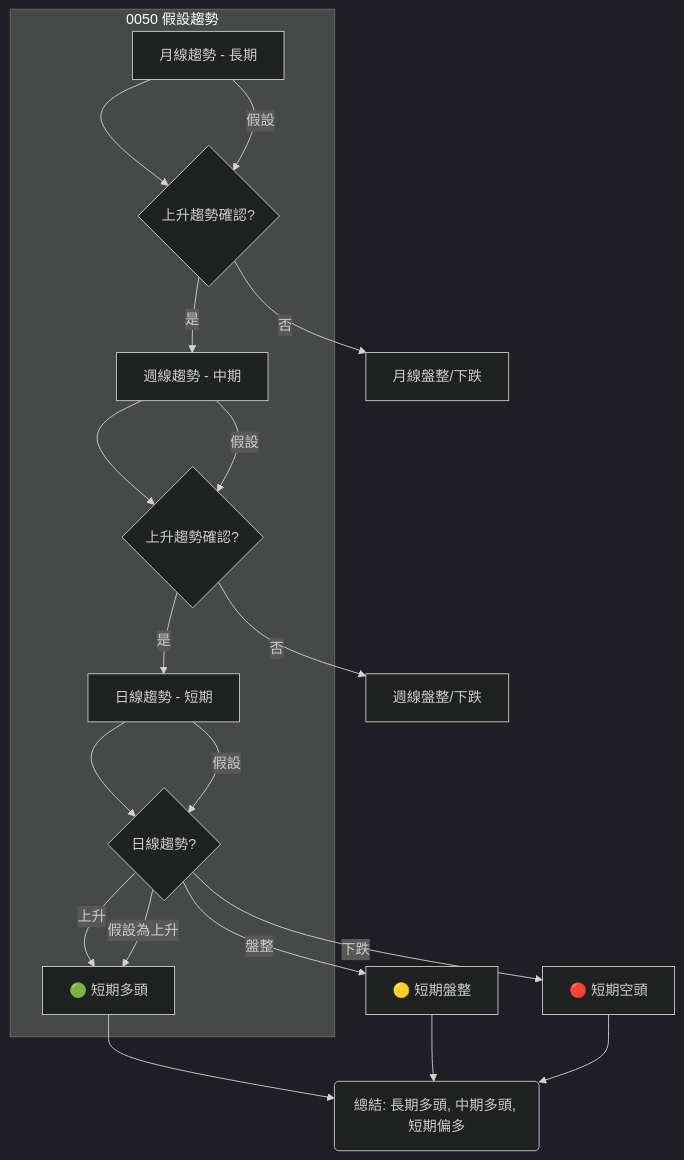
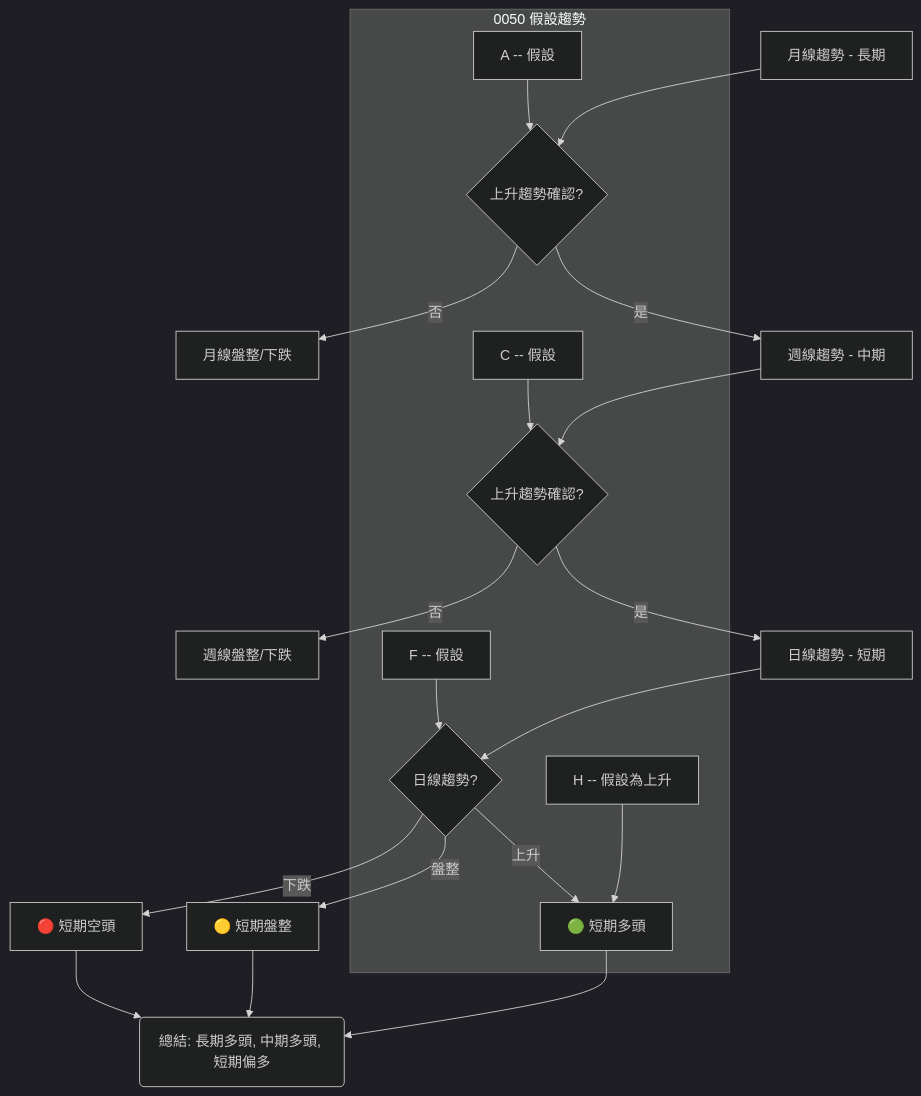
One commit to yennanliu/finance_data changed the second of 2 diagrams in ai_gen_report/stock/0050/technical_analysis_2026-07-03_gemini.md. Above: the diagram before and after it, drawn with Mermaid (dark theme). The commit also changed 2258 other files, not shown here.

First line of the commit message:
chore: backfill Mermaid syntax repair across existing reports

````diff
--- a/ai_gen_report/stock/0050/technical_analysis_2026-07-03_gemini.md
+++ b/ai_gen_report/stock/0050/technical_analysis_2026-07-03_gemini.md
@@ -121,26 +121,26 @@
 ```mermaid
 graph TD
-    A[月線趨勢 - 長期] --> B{上升趨勢確認?}
-    B -- 是 --> C[週線趨勢 - 中期]
-    B -- 否 --> D[月線盤整/下跌]
+    A["月線趨勢 - 長期"] --> B{"上升趨勢確認?"}
+    B -- 是 --> C["週線趨勢 - 中期"]
+    B -- 否 --> D["月線盤整/下跌"]
 
-    C --> E{上升趨勢確認?}
-    E -- 是 --> F[日線趨勢 - 短期]
-    E -- 否 --> G[週線盤整/下跌]
+    C --> E{"上升趨勢確認?"}
+    E -- 是 --> F["日線趨勢 - 短期"]
+    E -- 否 --> G["週線盤整/下跌"]
 
-    F --> H{日線趨勢?}
-    H -- 上升 --> I[🟢 短期多頭]
-    H -- 盤整 --> J[🟡 短期盤整]
-    H -- 下跌 --> K[🔴 短期空頭]
+    F --> H{"日線趨勢?"}
+    H -- 上升 --> I["🟢 短期多頭"]
+    H -- 盤整 --> J["🟡 短期盤整"]
+    H -- 下跌 --> K["🔴 短期空頭"]
 
-    I --> L(總結: 長期多頭, 中期多頭, 短期偏多)
+    I --> L("總結: 長期多頭, 中期多頭, 短期偏多")
     J --> L
     K --> L
 
     subgraph 0050 假設趨勢
-        A -- 假設 --> B
-        C -- 假設 --> E
-        F -- 假設 --> H
-        H -- 假設為上升 --> I
+        nb1["A -- 假設"] --> B
+        nb2["C -- 假設"] --> E
+        nb3["F -- 假設"] --> H
+        nb4["H -- 假設為上升"] --> I
     end
 ```
````
